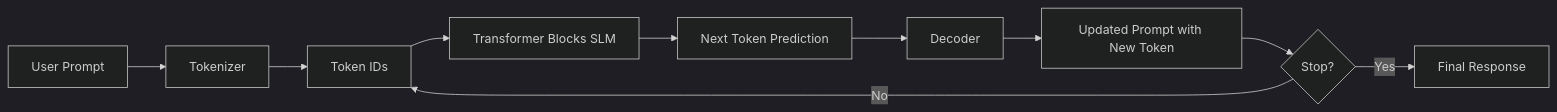
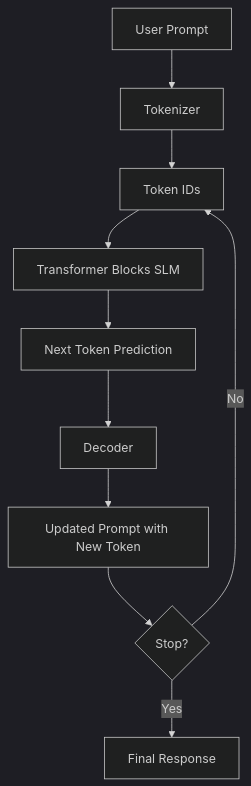
Before and after one commit to kasuken/presentations: the diagram in Think Small Win Big The Unexpected Power of Small Language Models/slides.md, drawn with Mermaid (dark theme).

Commit message:
make the diagram vertical

````diff
--- a/Think Small Win Big The Unexpected Power of Small Language Models/slides.md
+++ b/Think Small Win Big The Unexpected Power of Small Language Models/slides.md
@@ -141,12 +141,12 @@
 ```mermaid
-flowchart LR
+flowchart TD
     A[User Prompt] --> B[Tokenizer]
     B --> C[Token IDs]
     C --> D[Transformer Blocks SLM]
     D --> E[Next Token Prediction]
     E --> F[Decoder]
     F --> G[Updated Prompt with New Token]
     G --> H{Stop?}
     H -- No --> C
     H -- Yes --> I[Final Response]
 ```
````
